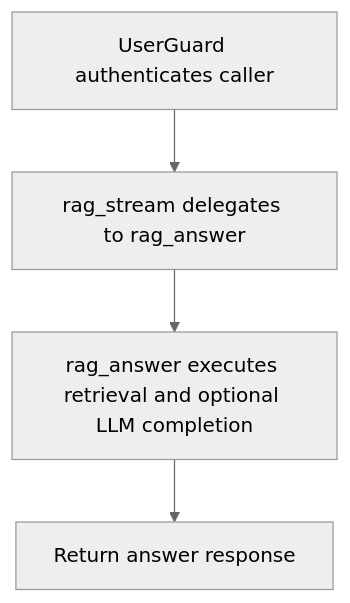
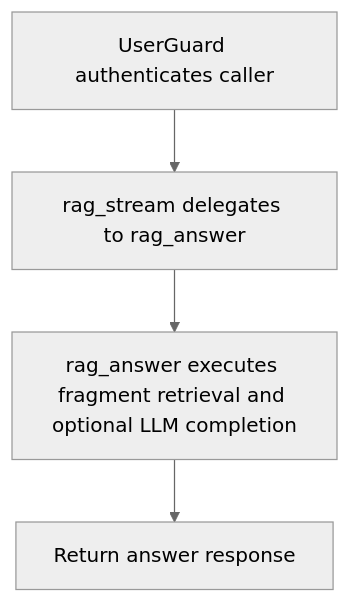
The diagram in doc/api/post_v1_rag_stream.md (dickwu/nowledge), drawn with Mermaid (neutral theme) before and after one commit. The commit also changed other lines of this file and 31 other files, not shown here.

````diff
--- a/doc/api/post_v1_rag_stream.md
+++ b/doc/api/post_v1_rag_stream.md
@@ -45,10 +56,10 @@
 ```mermaid
 flowchart TD
   n0["UserGuard authenticates caller"]
   n1["rag_stream delegates to rag_answer"]
-  n2["rag_answer executes retrieval and optional LLM completion"]
+  n2["rag_answer executes fragment retrieval and optional LLM completion"]
   n3["Return answer response"]
   n0 --> n1
   n1 --> n2
   n2 --> n3
 ```
````
